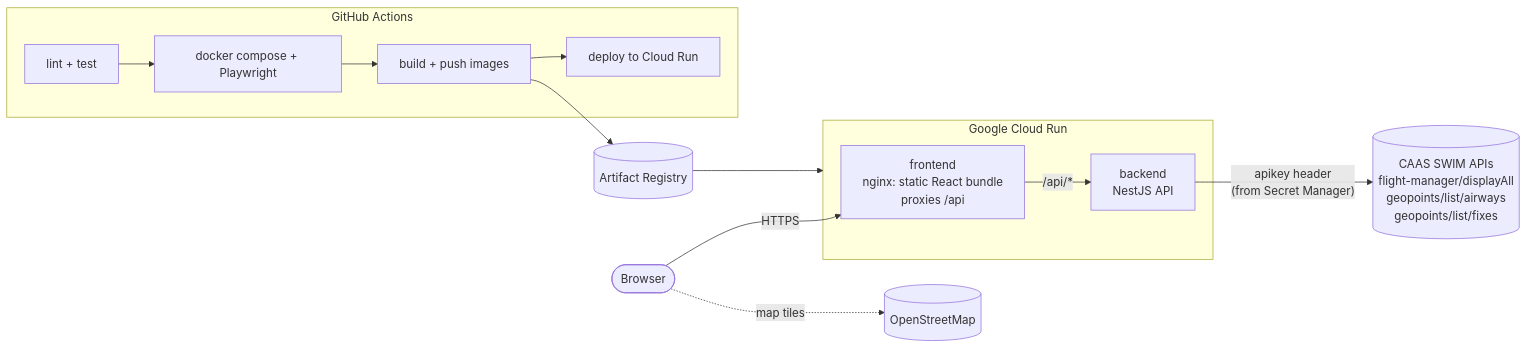
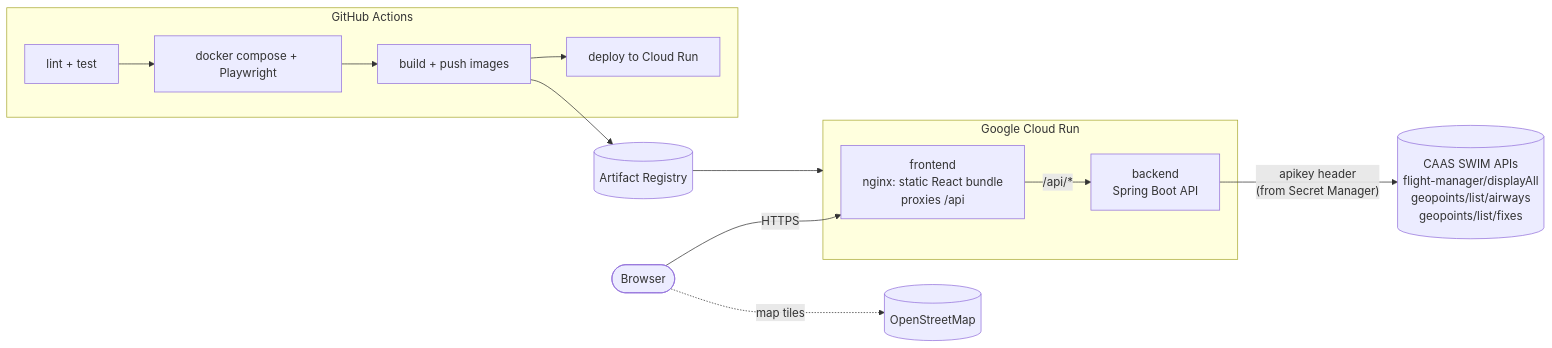
Before and after one commit to SajeevU/flight-plan: the diagram in README.md, drawn with Mermaid. The commit also changed other lines of this file and 61 other files, not shown here.

First line of the commit message:
Rewrite the backend in Java (Spring Boot 3, Java 21)

````diff
--- a/README.md
+++ b/README.md
@@ -14,17 +14,17 @@
 ```mermaid
 flowchart LR
   user([Browser]) -->|HTTPS| fe
 
   subgraph run[Google Cloud Run]
-    fe["frontend<br/>nginx: static React bundle<br/>proxies /api"] -->|/api/*| be["backend<br/>NestJS API"]
+    fe["frontend<br/>nginx: static React bundle<br/>proxies /api"] -->|/api/*| be["backend<br/>Spring Boot API"]
   end
 
   be -->|"apikey header<br/>(from Secret Manager)"| caas[(CAAS SWIM APIs<br/>flight-manager/displayAll<br/>geopoints/list/airways<br/>geopoints/list/fixes)]
   user -.->|map tiles| osm[(OpenStreetMap)]
 
   subgraph ci[GitHub Actions]
     t[lint + test] --> e2e[docker compose + Playwright] --> push[build + push images] --> deploy[deploy to Cloud Run]
   end
   push --> ar[(Artifact Registry)]
   ar --> run
 ```
````
